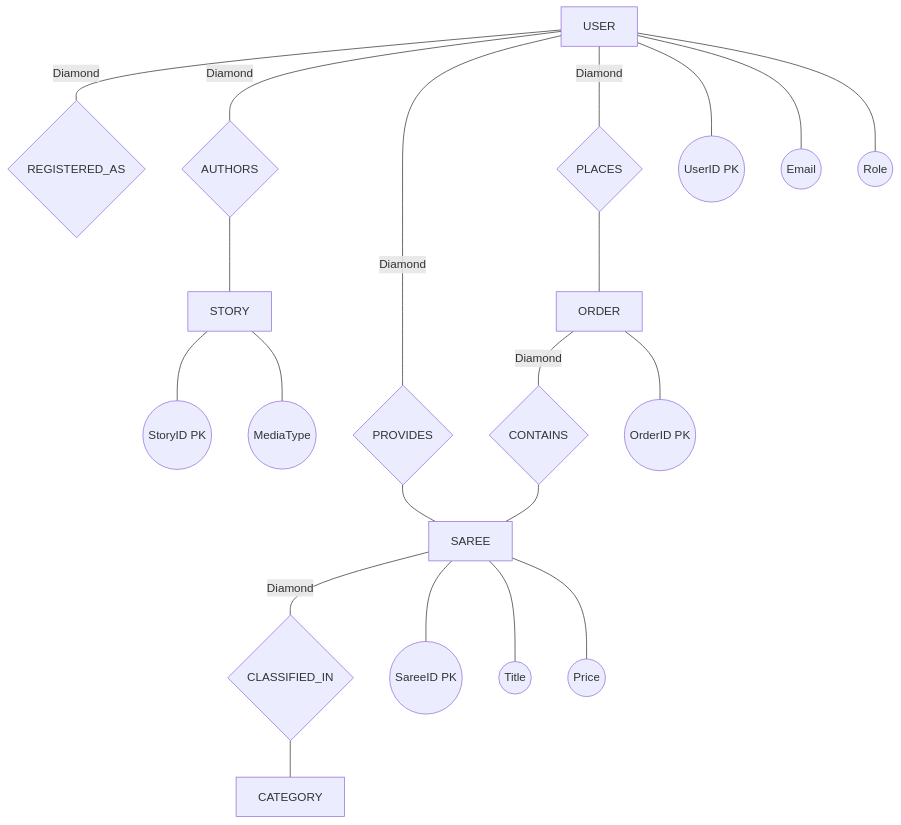
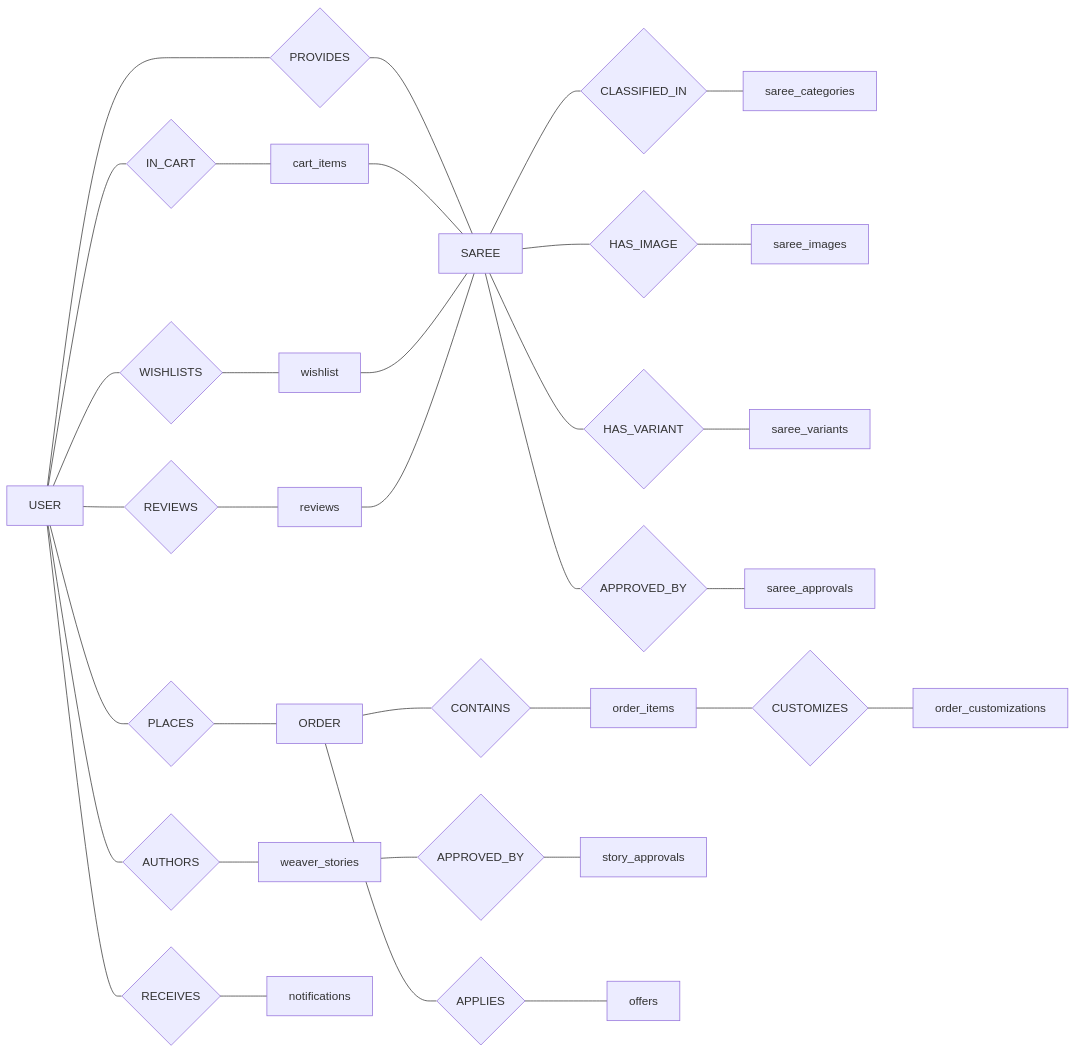
The sixth of 6 diagrams in COMPLETE_PROJECT_REPORT.md (iBOYJAI/handloom-weavers-nexus), drawn with Mermaid before and after one commit. The commit also changed other lines of this file and 2 other files, not shown here.

Commit message:
Update project report: student details, MVC, DFD, ER diagram, DB tables

````diff
--- a/COMPLETE_PROJECT_REPORT.md
+++ b/COMPLETE_PROJECT_REPORT.md
@@ -286,28 +323,21 @@
 ```mermaid
-flowchart TD
-    %% Entities
-    U[USER]
-    S[SAREE]
-    ST[STORY]
-    C[CATEGORY]
-    O[ORDER]
-
-    %% Relationships (Diamonds)
-    U ---|Diamond| R1{REGISTERED_AS}
-    U ---|Diamond| R2{AUTHORS} --- ST
-    U ---|Diamond| R3{PROVIDES} --- S
-    S ---|Diamond| R4{CLASSIFIED_IN} --- C
-    U ---|Diamond| R5{PLACES} --- O
-    O ---|Diamond| R6{CONTAINS} --- S
-
-    %% Attributes (Ovals)
-    U --- UA1((UserID PK))
-    U --- UA2((Email))
-    U --- UA3((Role))
-    S --- SA1((SareeID PK))
-    S --- SA2((Title))
-    S --- SA3((Price))
-    ST --- STA1((StoryID PK))
-    ST --- STA2((MediaType))
-    O --- OA1((OrderID PK))
+flowchart LR
+    U[USER] --- R1{PROVIDES} --- S[SAREE]
+    S --- R2{CLASSIFIED_IN} --- C[saree_categories]
+    S --- R3{HAS_IMAGE} --- I[saree_images]
+    S --- R4{HAS_VARIANT} --- V[saree_variants]
+    S --- R5{APPROVED_BY} --- A1[saree_approvals]
+    U --- R6{PLACES} --- O[ORDER]
+    O --- R7{CONTAINS} --- OI[order_items]
+    OI --- R8{CUSTOMIZES} --- OC[order_customizations]
+    U --- R9{IN_CART} --- CI[cart_items]
+    CI --- S
+    U --- R10{AUTHORS} --- WS[weaver_stories]
+    WS --- R11{APPROVED_BY} --- A2[story_approvals]
+    U --- R12{WISHLISTS} --- WL[wishlist]
+    WL --- S
+    U --- R13{REVIEWS} --- RV[reviews]
+    RV --- S
+    U --- R14{RECEIVES} --- N[notifications]
+    O --- R15{APPLIES} --- OF[offers]
 ```
````
